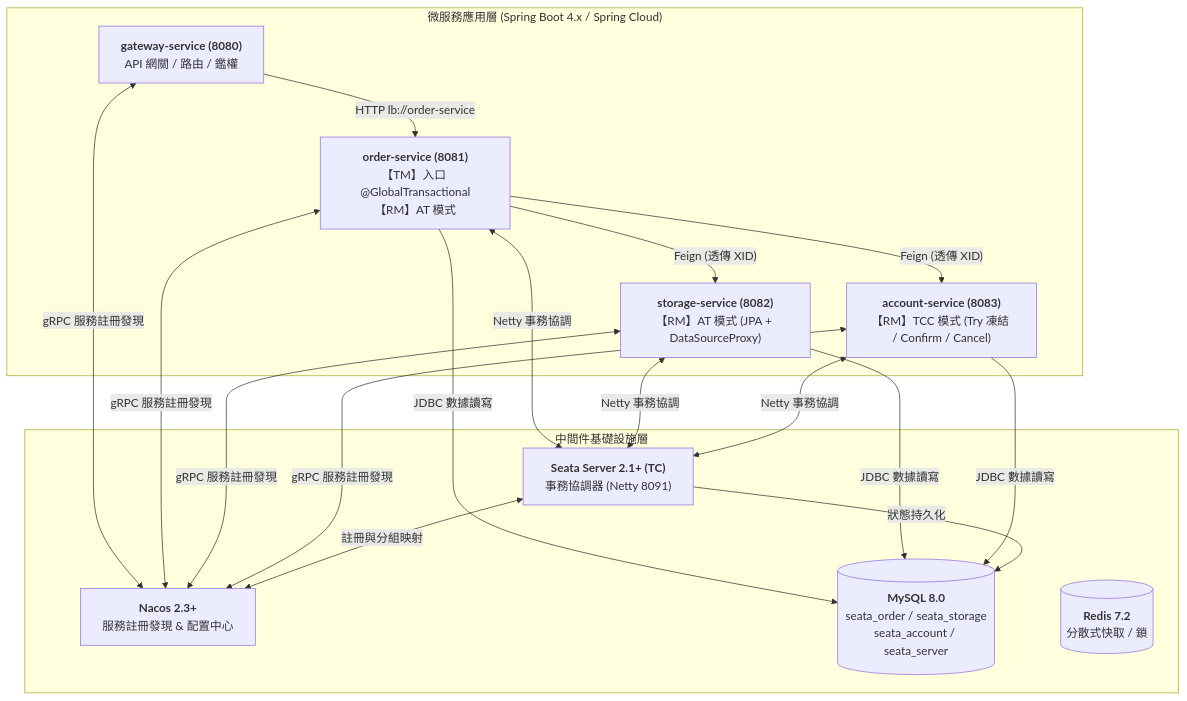
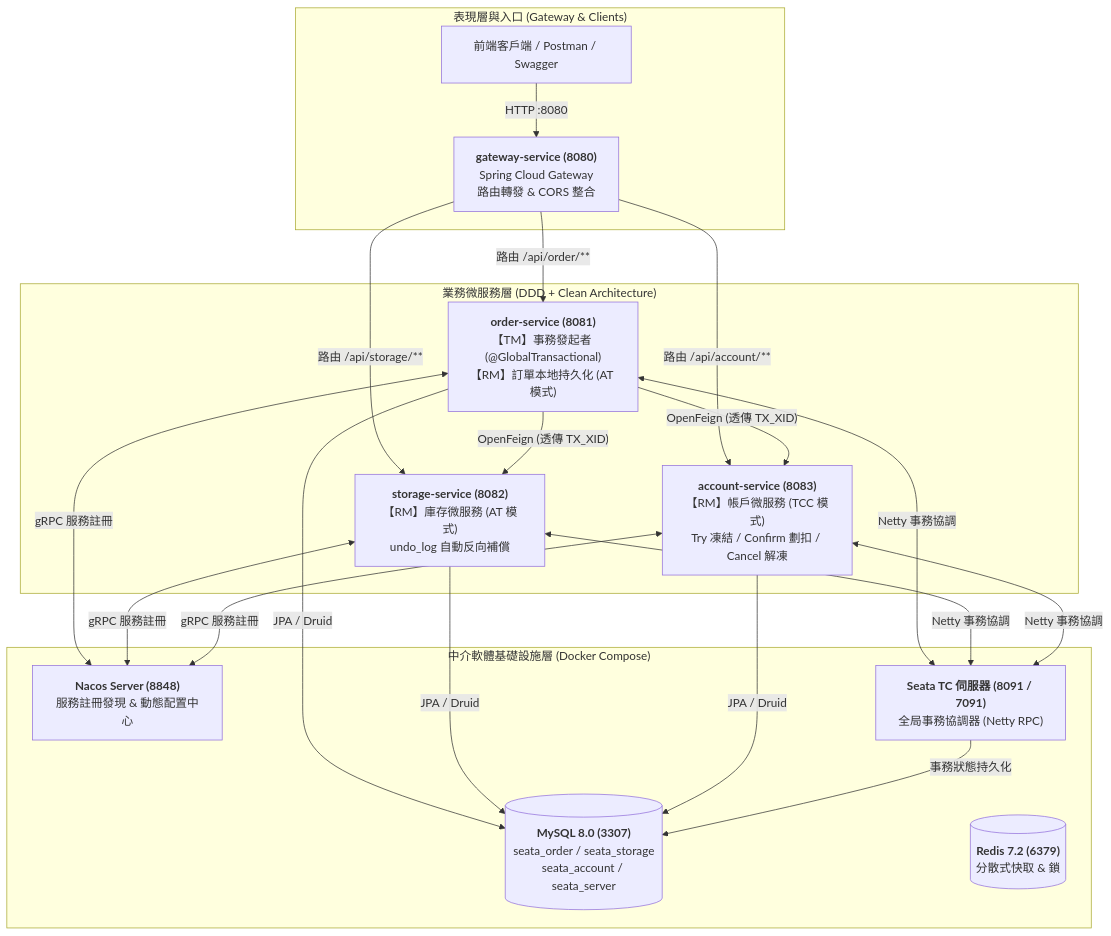
One commit to nick54785478/seata-architecture changed the diagram in README.md. Above: the diagram before and after it, drawn with Mermaid. The commit also changed other lines of this file, not shown here.

Commit message:
docs: update README with DDD, Clean Architecture, and E2E verification guides

````diff
--- a/README.md
+++ b/README.md
@@ -69,26 +49,33 @@
 ```mermaid
 graph TB
-    subgraph ClientLayer ["微服務應用層 (Spring Boot 4.x / Spring Cloud)"]
-        GW["<b>gateway-service (8080)</b><br/>API 網關 / 路由 / 鑑權"]
-        TM["<b>order-service (8081)</b><br/>【TM】入口 @GlobalTransactional<br/>【RM】AT 模式"]
-        RM1["<b>storage-service (8082)</b><br/>【RM】AT 模式 (JPA + DataSourceProxy)"]
-        RM2["<b>account-service (8083)</b><br/>【RM】TCC 模式 (Try 凍結 / Confirm / Cancel)"]
+    subgraph ClientLayer ["表現層與入口 (Gateway & Clients)"]
+        Client["前端客戶端 / Postman / Swagger"]
+        GW["<b>gateway-service (8080)</b><br/>Spring Cloud Gateway<br/>路由轉發 & CORS 整合"]
     end
 
-    subgraph MiddlewareLayer ["中間件基礎設施層"]
-        Nacos["<b>Nacos 2.3+</b><br/>服務註冊發現 & 配置中心"]
-        SeataTC["<b>Seata Server 2.1+ (TC)</b><br/>事務協調器 (Netty 8091)"]
-        MySQL[("<b>MySQL 8.0</b><br/>seata_order / seata_storage<br/>seata_account / seata_server")]
-        Redis[("<b>Redis 7.2</b><br/>分散式快取 / 鎖")]
+    subgraph ServiceLayer ["業務微服務層 (DDD + Clean Architecture)"]
+        TM["<b>order-service (8081)</b><br/>【TM】事務發起者 (@GlobalTransactional)<br/>【RM】訂單本地持久化 (AT 模式)"]
+        RM1["<b>storage-service (8082)</b><br/>【RM】庫存微服務 (AT 模式)<br/>undo_log 自動反向補償"]
+        RM2["<b>account-service (8083)</b><br/>【RM】帳戶微服務 (TCC 模式)<br/>Try 凍結 / Confirm 劃扣 / Cancel 解凍"]
     end
 
-    GW -->|"HTTP lb://order-service"| TM
-    TM -->|"Feign (透傳 XID)"| RM1
-    TM -->|"Feign (透傳 XID)"| RM2
+    subgraph MiddlewareLayer ["中介軟體基礎設施層 (Docker Compose)"]
+        Nacos["<b>Nacos Server (8848)</b><br/>服務註冊發現 & 動態配置中心"]
+        SeataTC["<b>Seata TC 伺服器 (8091 / 7091)</b><br/>全局事務協調器 (Netty RPC)"]
+        MySQL[("<b>MySQL 8.0 (3307)</b><br/>seata_order / seata_storage<br/>seata_account / seata_server")]
+        Redis[("<b>Redis 7.2 (6379)</b><br/>分散式快取 & 鎖")]
+    end
 
-    GW & TM & RM1 & RM2 <-->|"gRPC 服務註冊發現"| Nacos
+    Client -->|"HTTP :8080"| GW
+    GW -->|"路由 /api/order/**"| TM
+    GW -->|"路由 /api/storage/**"| RM1
+    GW -->|"路由 /api/account/**"| RM2
+
+    TM -->|"OpenFeign (透傳 TX_XID)"| RM1
+    TM -->|"OpenFeign (透傳 TX_XID)"| RM2
+
+    TM & RM1 & RM2 <-->|"gRPC 服務註冊"| Nacos
     TM & RM1 & RM2 <-->|"Netty 事務協調"| SeataTC
-    TM & RM1 & RM2 -->|"JDBC 數據讀寫"| MySQL
-    SeataTC -->|"狀態持久化"| MySQL
-    SeataTC <-->|"註冊與分組映射"| Nacos
+    TM & RM1 & RM2 -->|"JPA / Druid"| MySQL
+    SeataTC -->|"事務狀態持久化"| MySQL
 ```
````
